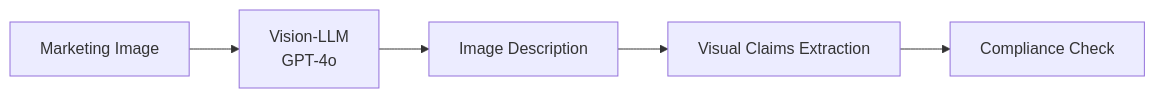
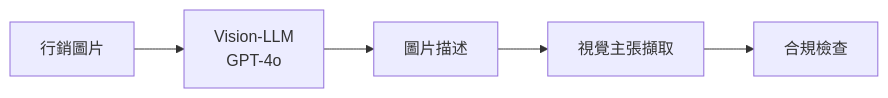
One commit to SidStraw/ai-system-design-guide changed the third of 3 diagrams in 16-case-studies/12-compliance-automation.md. Above: the diagram before and after it, drawn with Mermaid. The commit also changed other lines of this file and 83 other files, not shown here.

````diff
--- a/16-case-studies/12-compliance-automation.md
+++ b/16-case-studies/12-compliance-automation.md
@@ -147,7 +158,7 @@
 ```mermaid
 flowchart LR
-    IMAGE[Marketing Image] --> VISION[Vision-LLM<br/>GPT-4o]
-    VISION --> DESCRIBE[Image Description]
-    DESCRIBE --> CLAIMS_V[Visual Claims Extraction]
-    CLAIMS_V --> CHECK_V[Compliance Check]
+    IMAGE[行銷圖片] --> VISION[Vision-LLM<br/>GPT-4o]
+    VISION --> DESCRIBE[圖片描述]
+    DESCRIBE --> CLAIMS_V[視覺主張擷取]
+    CLAIMS_V --> CHECK_V[合規檢查]
 ```
````
